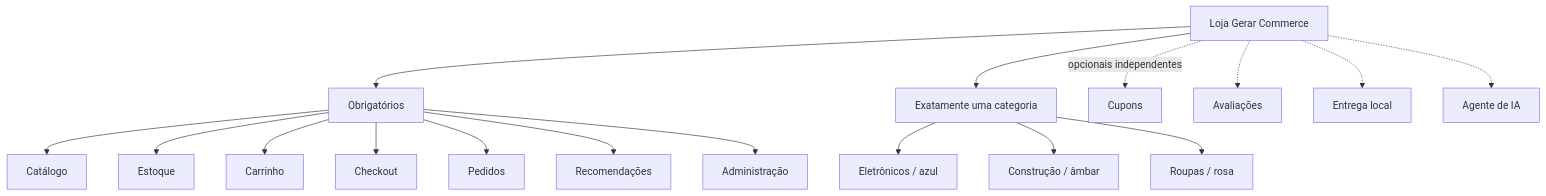
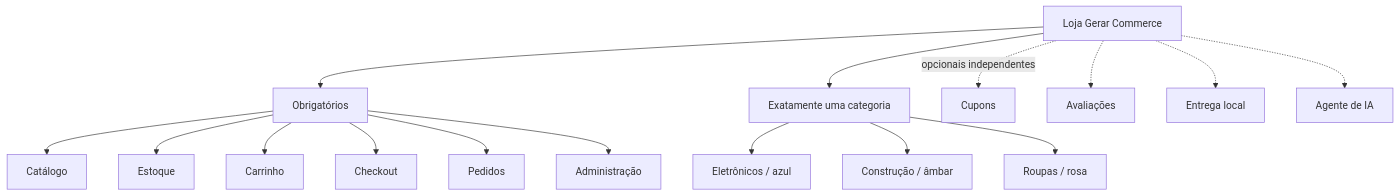
Before and after one commit to CaioMascarenhas/gerar-commerce: the diagram in docs/variabilidade.md, drawn with Mermaid. The commit also changed other lines of this file and 13 other files, not shown here.

````diff
--- a/docs/variabilidade.md
+++ b/docs/variabilidade.md
@@ -20,19 +20,18 @@
 ```mermaid
 flowchart TB
   L[Loja Gerar Commerce] --> CORE[Obrigatórios]
   CORE --> C[Catálogo]
   CORE --> E[Estoque]
   CORE --> CART[Carrinho]
   CORE --> CHECK[Checkout]
   CORE --> O[Pedidos]
-  CORE --> R[Recomendações]
   CORE --> A[Administração]
   L --> CAT[Exatamente uma categoria]
   CAT --> EL[Eletrônicos / azul]
   CAT --> CO[Construção / âmbar]
   CAT --> RO[Roupas / rosa]
   L -. opcionais independentes .-> CUP[Cupons]
   L -.-> REV[Avaliações]
   L -.-> DEL[Entrega local]
   L -.-> AI[Agente de IA]
 ```
````
